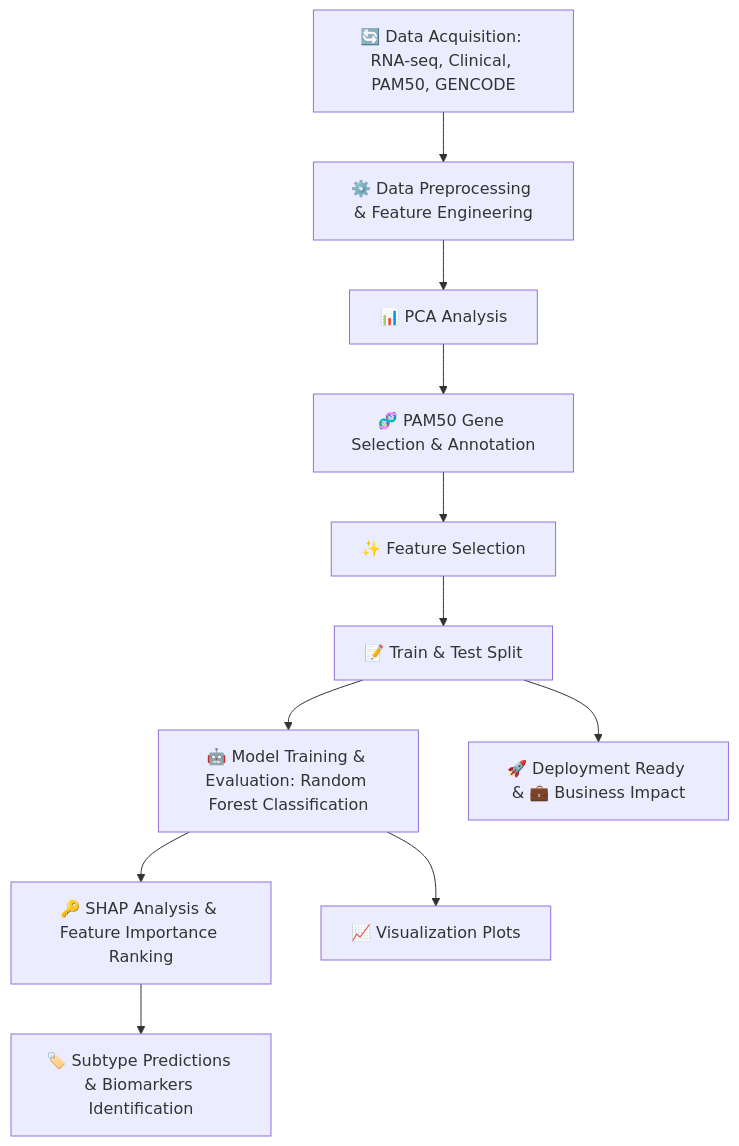
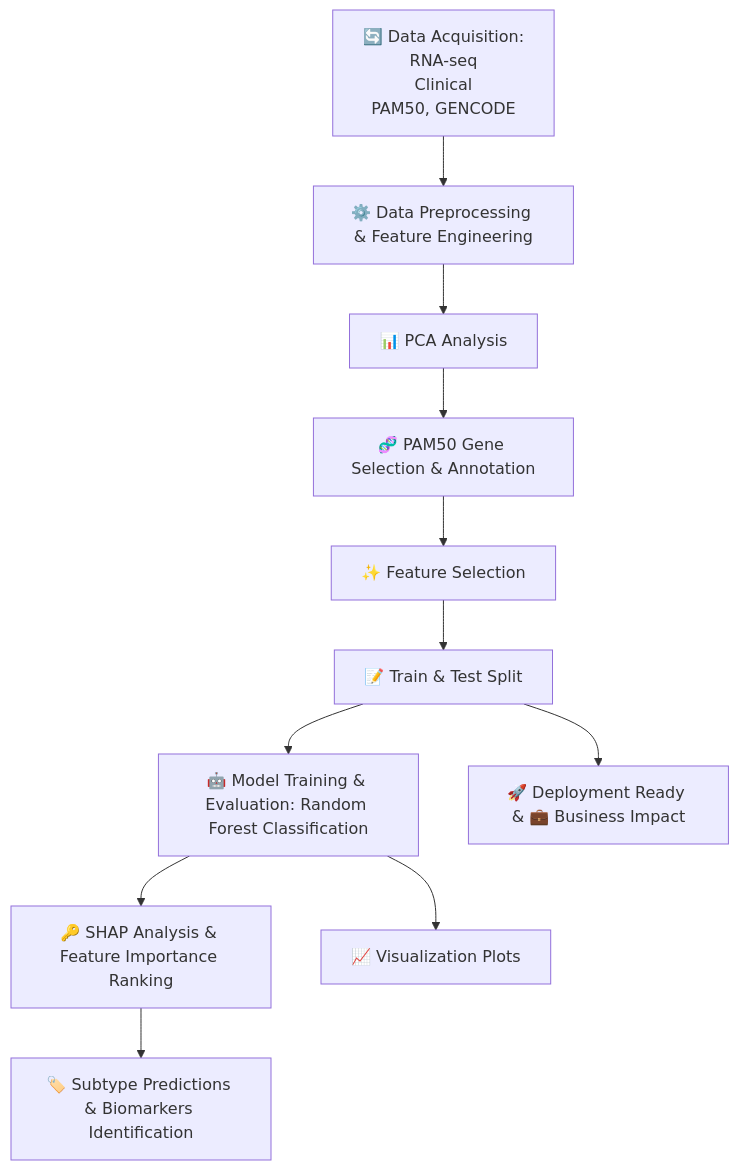
Before and after one commit to Yohansgit/Machine-Learning_Models_Projects: the second of 2 diagrams in mermaid_test.md, drawn with Mermaid.

Commit message:
Format data acquisition step in flowchart

````diff
--- a/mermaid_test.md
+++ b/mermaid_test.md
@@ -7,13 +7,16 @@
 ```mermaid        
 flowchart TD                 
- A[🔄 Data Acquisition: RNA-seq, Clinical, PAM50, GENCODE] --> B[⚙️ Data Preprocessing & Feature Engineering]                   
+ A[🔄 Data Acquisition:  
+         RNA-seq   
+         Clinical  
+         PAM50, GENCODE] --> B[⚙️ Data Preprocessing & Feature Engineering]                   
     B --> C[📊 PCA Analysis]                      
     C --> D[🧬 PAM50 Gene Selection & Annotation]                      
     D --> E[✨ Feature Selection]                        
     E --> F[📝 Train & Test Split]                
     F --> G[🤖 Model Training & Evaluation: Random Forest Classification]                 
     G --> H[🔑 SHAP Analysis & Feature Importance Ranking]                  
     H --> I[🏷️ Subtype Predictions & Biomarkers Identification]               
     G --> J[📈 Visualization Plots]             
     F --> K[🚀 Deployment Ready & 💼 Business Impact]                    
 ``` 
````
